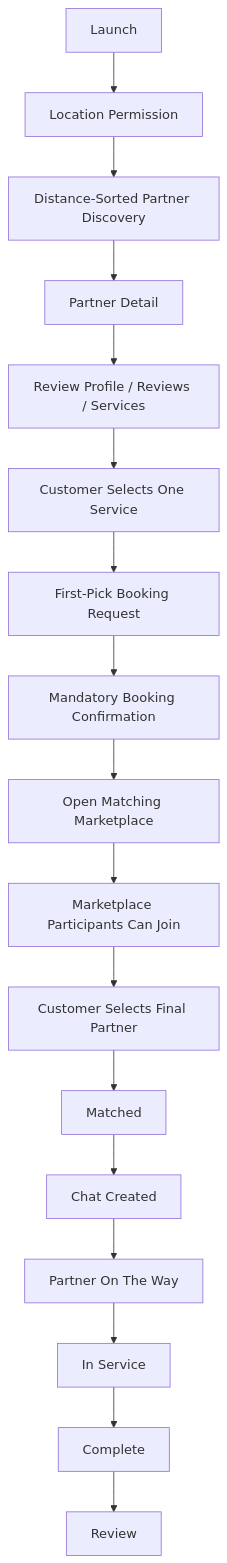
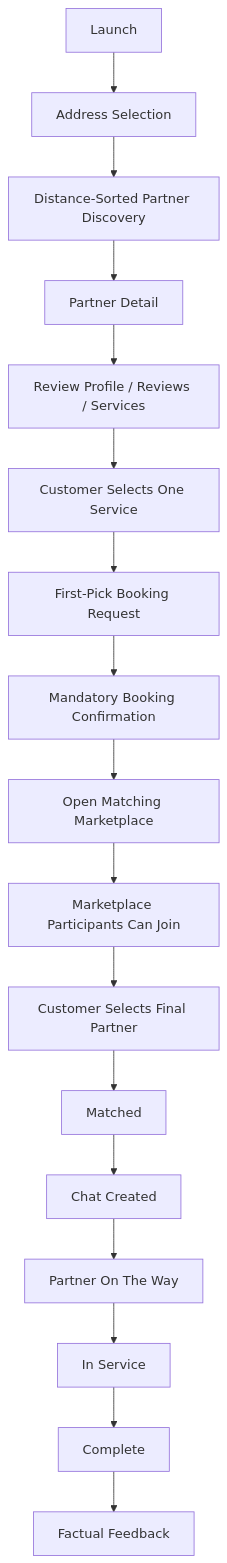
Before and after one commit to hands-platform/hands-app: the first of 3 diagrams in docs/flows/ux-flow-map.md, drawn with Mermaid. The commit also changed other lines of this file and 8 other files, not shown here.

````diff
--- a/docs/flows/ux-flow-map.md
+++ b/docs/flows/ux-flow-map.md
@@ -37,19 +37,19 @@
 ```mermaid
 flowchart TD
-  A["Launch"] --> B["Location Permission"]
+  A["Launch"] --> B["Address Selection"]
   B --> C["Distance-Sorted Partner Discovery"]
   C --> D["Partner Detail"]
   D --> E["Review Profile / Reviews / Services"]
   E --> F["Customer Selects One Service"]
   F --> G["First-Pick Booking Request"]
   G --> H["Mandatory Booking Confirmation"]
   H --> I["Open Matching Marketplace"]
   I --> J["Marketplace Participants Can Join"]
   J --> K["Customer Selects Final Partner"]
   K --> L["Matched"]
   L --> M["Chat Created"]
   M --> N["Partner On The Way"]
   N --> O["In Service"]
   O --> P["Complete"]
-  P --> Q["Review"]
+  P --> Q["Factual Feedback"]
 ```
````
